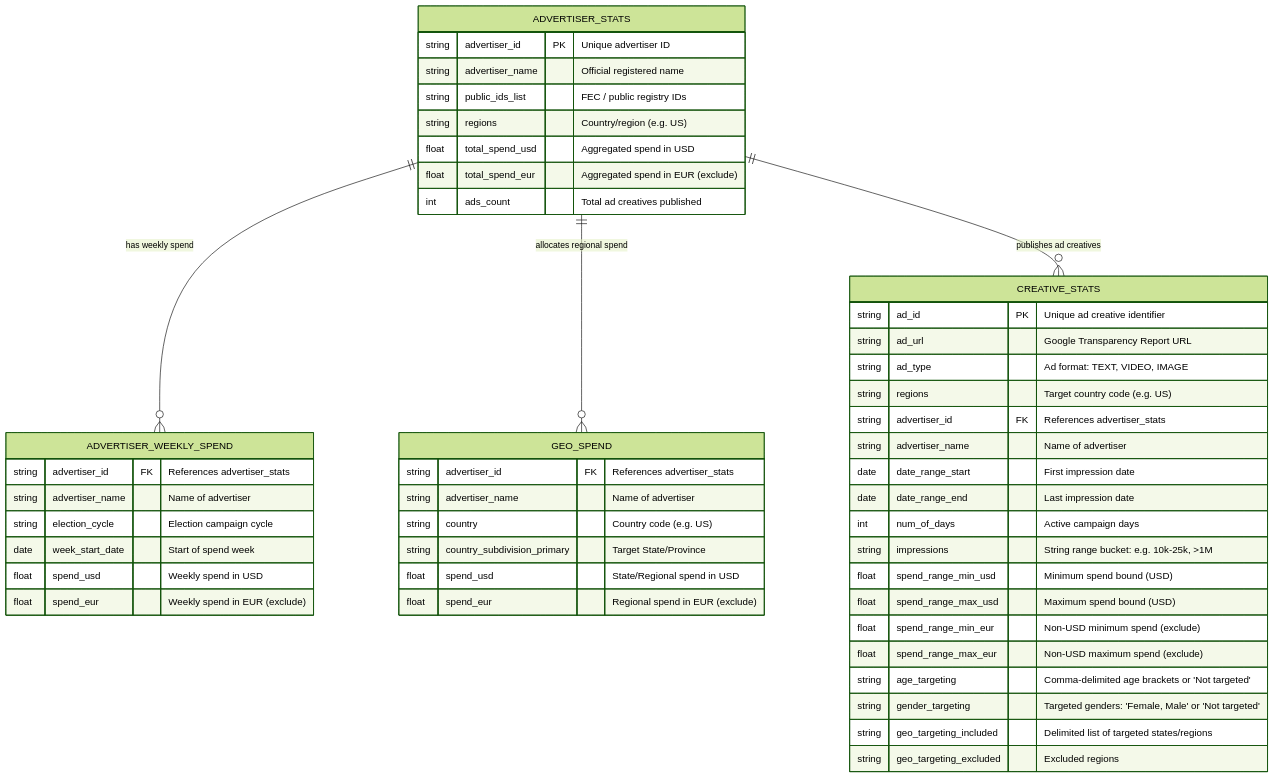
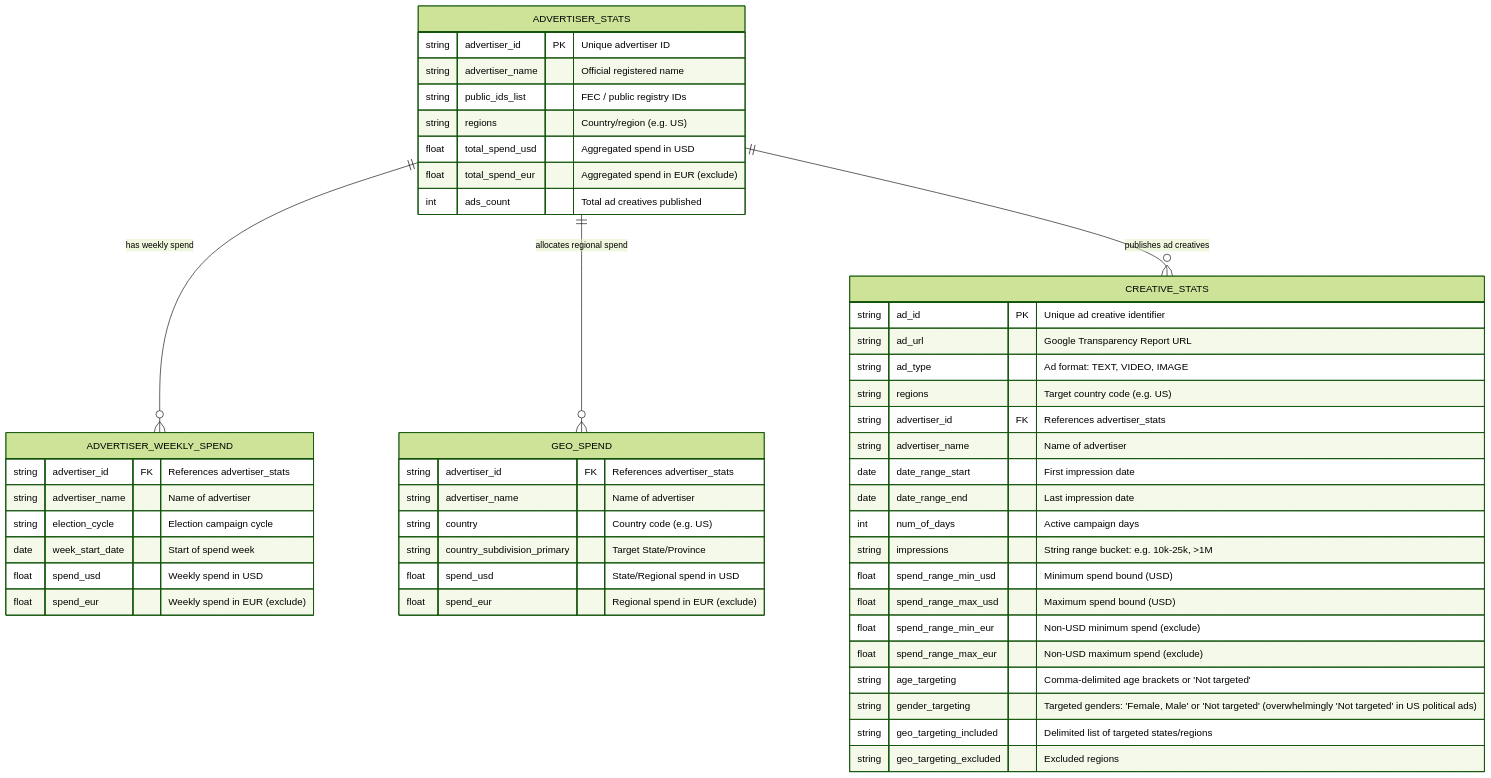
One commit to serg-e-rodriguez/VAProject changed the diagram in GEMINI.md. Above: the diagram before and after it, drawn with Mermaid (forest theme). The commit also changed other lines of this file and 9 other files, not shown here.

````diff
--- a/GEMINI.md
+++ b/GEMINI.md
@@ -115,55 +120,55 @@
 ```mermaid
 erDiagram
     ADVERTISER_STATS ||--o{ ADVERTISER_WEEKLY_SPEND : "has weekly spend"
     ADVERTISER_STATS ||--o{ GEO_SPEND : "allocates regional spend"
     ADVERTISER_STATS ||--o{ CREATIVE_STATS : "publishes ad creatives"
 
     ADVERTISER_STATS {
         string advertiser_id PK "Unique advertiser ID"
         string advertiser_name "Official registered name"
         string public_ids_list "FEC / public registry IDs"
         string regions "Country/region (e.g. US)"
         float total_spend_usd "Aggregated spend in USD"
         float total_spend_eur "Aggregated spend in EUR (exclude)"
         int ads_count "Total ad creatives published"
     }
 
     ADVERTISER_WEEKLY_SPEND {
         string advertiser_id FK "References advertiser_stats"
         string advertiser_name "Name of advertiser"
         string election_cycle "Election campaign cycle"
         date week_start_date "Start of spend week"
         float spend_usd "Weekly spend in USD"
         float spend_eur "Weekly spend in EUR (exclude)"
     }
 
     GEO_SPEND {
         string advertiser_id FK "References advertiser_stats"
         string advertiser_name "Name of advertiser"
         string country "Country code (e.g. US)"
         string country_subdivision_primary "Target State/Province"
         float spend_usd "State/Regional spend in USD"
         float spend_eur "Regional spend in EUR (exclude)"
     }
 
     CREATIVE_STATS {
         string ad_id PK "Unique ad creative identifier"
         string ad_url "Google Transparency Report URL"
         string ad_type "Ad format: TEXT, VIDEO, IMAGE"
         string regions "Target country code (e.g. US)"
         string advertiser_id FK "References advertiser_stats"
         string advertiser_name "Name of advertiser"
         date date_range_start "First impression date"
         date date_range_end "Last impression date"
         int num_of_days "Active campaign days"
         string impressions "String range bucket: e.g. 10k-25k, >1M"
         float spend_range_min_usd "Minimum spend bound (USD)"
         float spend_range_max_usd "Maximum spend bound (USD)"
         float spend_range_min_eur "Non-USD minimum spend (exclude)"
         float spend_range_max_eur "Non-USD maximum spend (exclude)"
         string age_targeting "Comma-delimited age brackets or 'Not targeted'"
-        string gender_targeting "Targeted genders: 'Female, Male' or 'Not targeted'"
+        string gender_targeting "Targeted genders: 'Female, Male' or 'Not targeted' (overwhelmingly 'Not targeted' in US political ads)"
         string geo_targeting_included "Delimited list of targeted states/regions"
         string geo_targeting_excluded "Excluded regions"
     }
 ```
````
